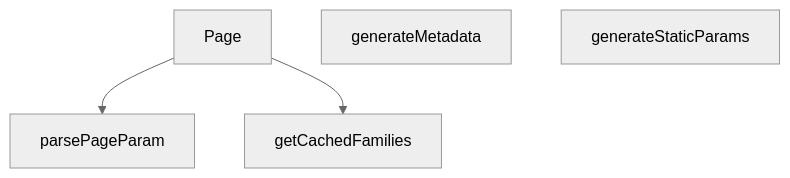
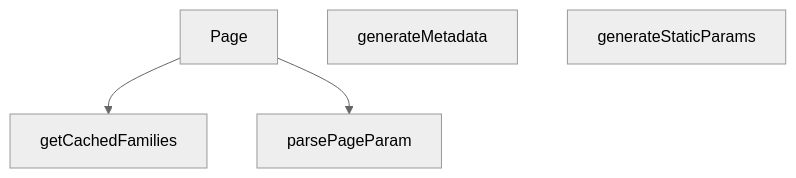
The diagram in src/app/[lang]/category/[categorySlug]/page.md (peckop/venthub-hvac-esite), drawn with Mermaid (neutral theme) before and after one commit. The commit also changed other lines of this file and 134 other files, not shown here.

````diff
--- a/src/app/[lang]/category/[categorySlug]/page.md
+++ b/src/app/[lang]/category/[categorySlug]/page.md
@@ -269,10 +167,10 @@
 ```mermaid
 graph TD
     page_tsx__Page["Page"]
     page_tsx__generateMetadata["generateMetadata"]
     page_tsx__generateStaticParams["generateStaticParams"]
     page_tsx__getCachedFamilies["getCachedFamilies"]
     page_tsx__parsePageParam["parsePageParam"]
+    page_tsx__Page --> page_tsx__getCachedFamilies
     page_tsx__Page --> page_tsx__parsePageParam
-    page_tsx__Page --> page_tsx__getCachedFamilies
 ```
````
